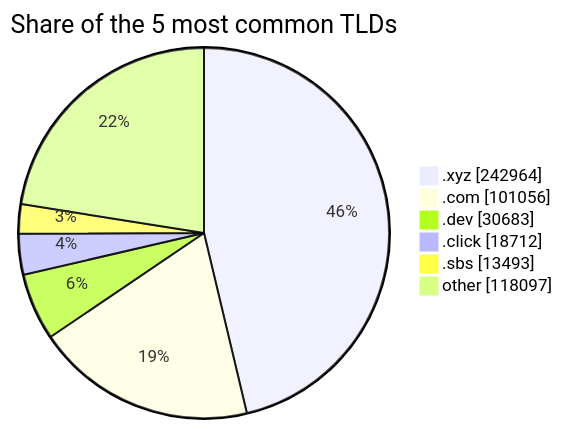
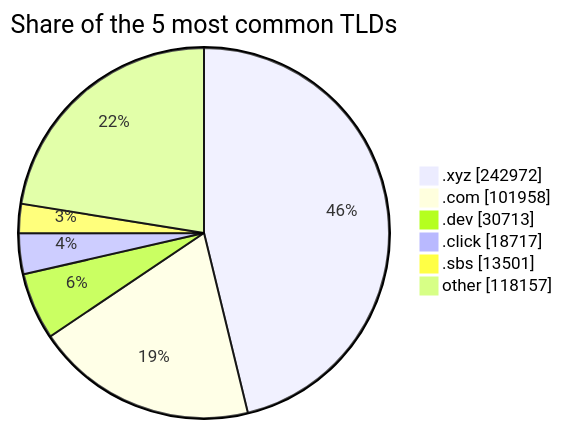
The third of 3 diagrams in README.md (DNSBunker/CTI), drawn with Mermaid before and after one commit. The commit also changed other lines of this file and 3 other files, not shown here.

````diff
--- a/README.md
+++ b/README.md
@@ -81,9 +81,9 @@
 ```mermaid
 pie showData title Share of the 5 most common TLDs
-    ".xyz" : 242964
-    ".com" : 101056
-    ".dev" : 30683
-    ".click" : 18712
-    ".sbs" : 13493
-    "other" : 118097
+    ".xyz" : 242972
+    ".com" : 101958
+    ".dev" : 30713
+    ".click" : 18717
+    ".sbs" : 13501
+    "other" : 118157
 ```
````
